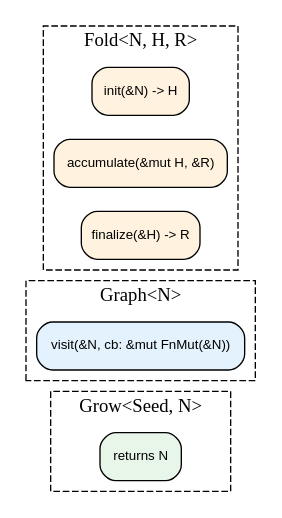
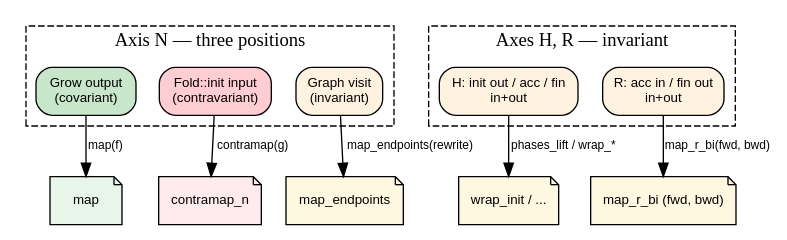
Before and after one commit to hylic-recursion/hylic-docs: the diagram in book/src/concepts/transforms.md, drawn with Graphviz. The commit also changed other lines of this file and 8 other files, not shown here.

````diff
--- a/book/src/concepts/transforms.md
+++ b/book/src/concepts/transforms.md
@@ -23,10 +59,32 @@
 ```dot process
 digraph {
-    rankdir=LR;
+    rankdir=TB;
+    compound=true;
     node [shape=box, style="rounded,filled", fontname="sans-serif", fontsize=10];
     edge [fontname="sans-serif", fontsize=9];
-    subgraph cluster_grow  { label="Grow<Seed, N>"; style=dashed; g [label="returns N", fillcolor="#e8f5e9"]; }
-    subgraph cluster_graph { label="Graph<N>";     style=dashed; tr [label="visit(&N, cb: &mut FnMut(&N))", fillcolor="#e3f2fd"]; }
-    subgraph cluster_fold  { label="Fold<N, H, R>"; style=dashed; fi [label="init(&N) -> H", fillcolor="#fff3e0"]; fa [label="accumulate(&mut H, &R)", fillcolor="#fff3e0"]; ff [label="finalize(&H) -> R", fillcolor="#fff3e0"]; }
+
+    subgraph cluster_N {
+      label="Axis N — three positions"; style=dashed; color="#888";
+      n_out [label="Grow output\n(covariant)",  fillcolor="#c8e6c9"];
+      n_in  [label="Fold::init input\n(contravariant)", fillcolor="#ffcdd2"];
+      n_both [label="Graph visit\n(invariant)", fillcolor="#fff3e0"];
+    }
+    subgraph cluster_HR {
+      label="Axes H, R — invariant"; style=dashed; color="#888";
+      h_inv [label="H: init out / acc / fin\nin+out", fillcolor="#fff3e0"];
+      r_inv [label="R: acc in / fin out\nin+out", fillcolor="#fff3e0"];
+    }
+
+    n_out -> map         [label="map(f)"];
+    n_in  -> contramap   [label="contramap(g)"];
+    n_both -> map_end    [label="map_endpoints(rewrite)"];
+    h_inv -> wrap_phases [label="phases_lift / wrap_*"];
+    r_inv -> map_r_bi    [label="map_r_bi(fwd, bwd)"];
+
+    map         [fillcolor="#e8f5e9", shape=note, label="map"];
+    contramap   [fillcolor="#ffebee", shape=note, label="contramap_n"];
+    map_end     [fillcolor="#fff8e1", shape=note, label="map_endpoints"];
+    wrap_phases [fillcolor="#fff8e1", shape=note, label="wrap_init / ..."];
+    map_r_bi    [fillcolor="#fff8e1", shape=note, label="map_r_bi (fwd, bwd)"];
 }
 ```
````
